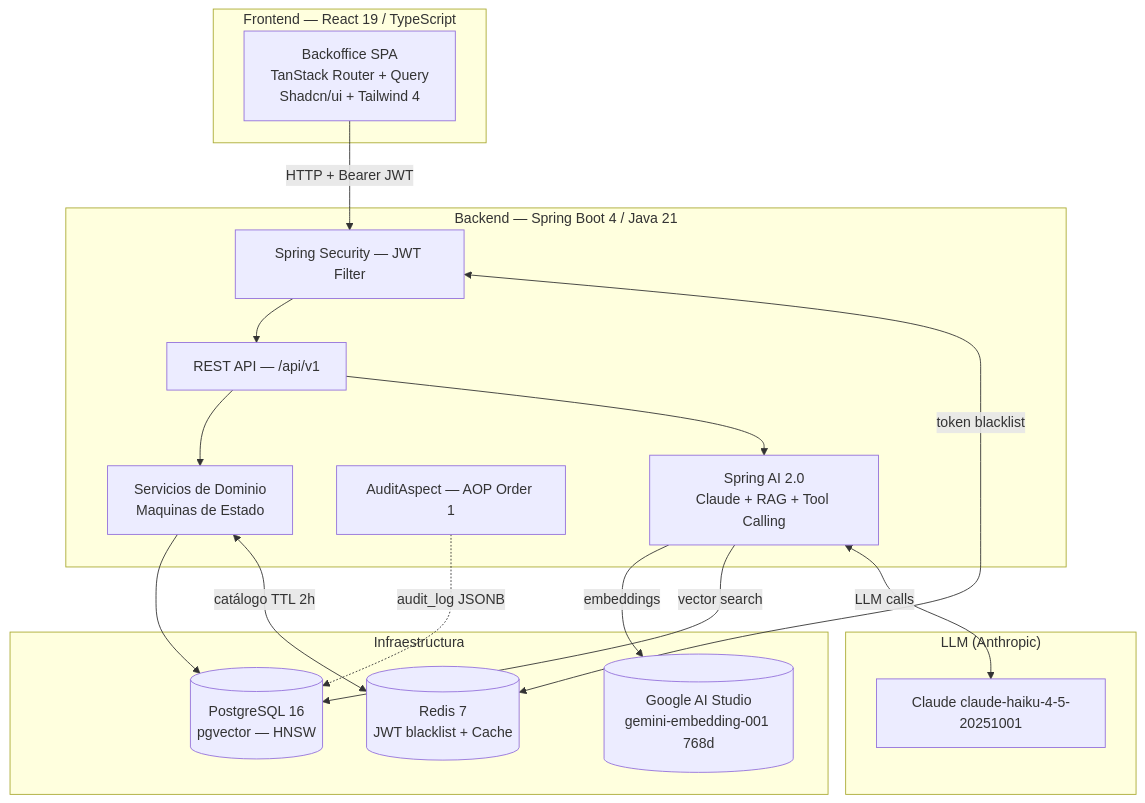
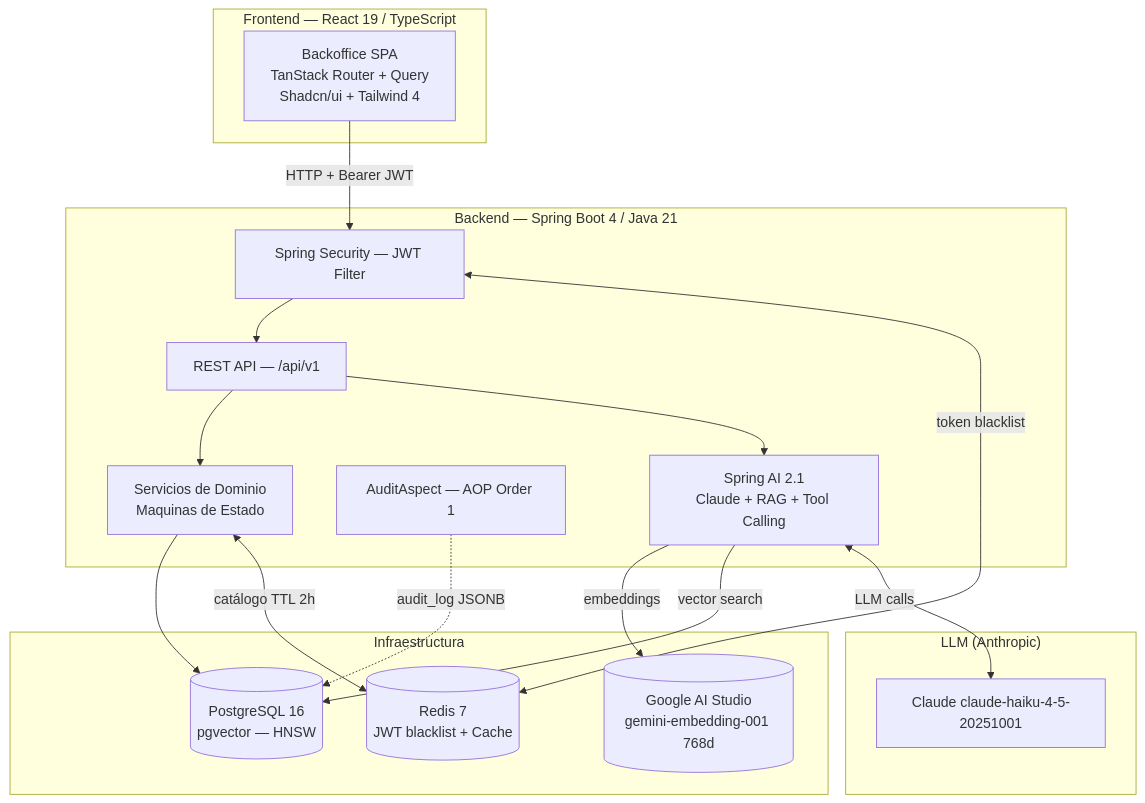
One commit to FepDev25/sistema-facturacion-medica-springboot-react-postgresql changed the diagram in README.md. Above: the diagram before and after it, drawn with Mermaid. The commit also changed other lines of this file and 387 other files, not shown here.

````diff
--- a/README.md
+++ b/README.md
@@ -19,36 +19,36 @@
 ```mermaid
 graph TB
     subgraph FE["Frontend — React 19 / TypeScript"]
         UI["Backoffice SPA<br/>TanStack Router + Query<br/>Shadcn/ui + Tailwind 4"]
     end
 
     subgraph BE["Backend — Spring Boot 4 / Java 21"]
         API["REST API — /api/v1"]
         SEC["Spring Security — JWT Filter"]
         SVC["Servicios de Dominio<br/>Maquinas de Estado"]
         AUDIT["AuditAspect — AOP Order 1"]
-        AI["Spring AI 2.0<br/>Claude + RAG + Tool Calling"]
+        AI["Spring AI 2.1<br/>Claude + RAG + Tool Calling"]
     end
 
     subgraph INFRA["Infraestructura"]
         PG[("PostgreSQL 16<br/>pgvector — HNSW")]
         RD[("Redis 7<br/>JWT blacklist + Cache")]
         GG[("Google AI Studio<br/>gemini-embedding-001 768d")]
     end
 
     subgraph LLM["LLM (Anthropic)"]
         CL["Claude claude-haiku-4-5-20251001"]
     end
 
     UI -->|"HTTP + Bearer JWT"| SEC
     SEC --> API
     API --> SVC
     API --> AI
     SVC --> PG
     AUDIT -.->|audit_log JSONB| PG
     SEC <-->|token blacklist| RD
     SVC <-->|catálogo TTL 2h| RD
     AI -->|embeddings| GG
     AI -->|vector search| PG
     AI <-->|LLM calls| CL
 ```
````
